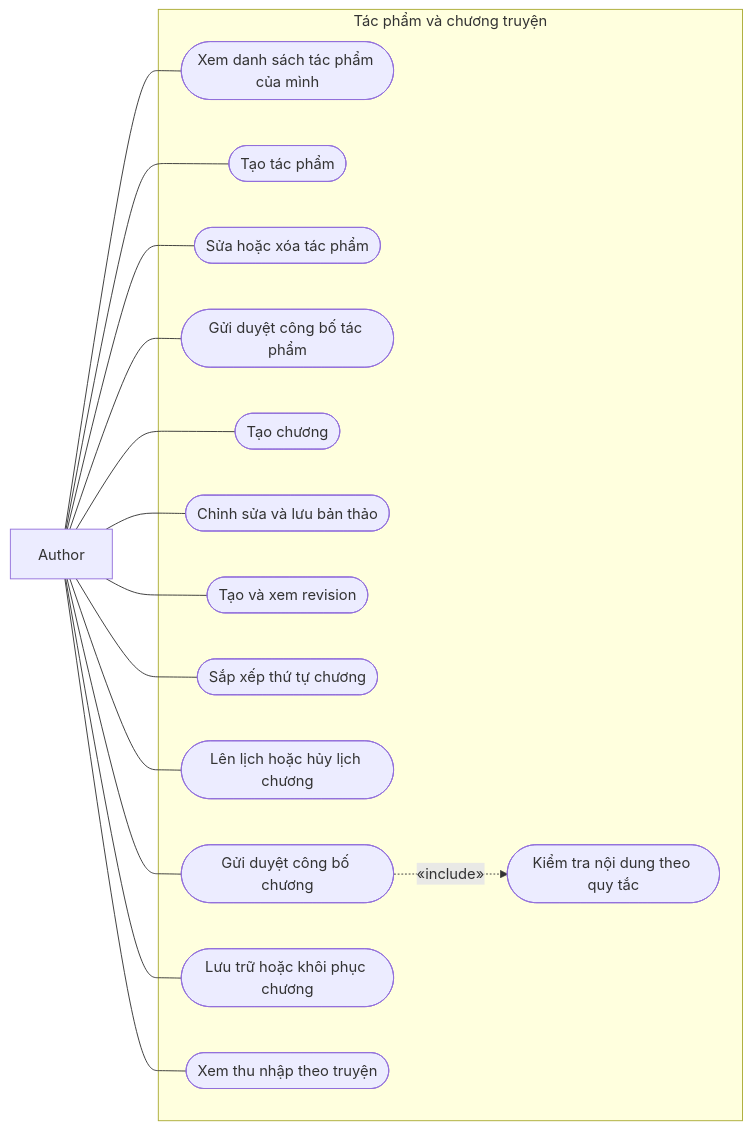
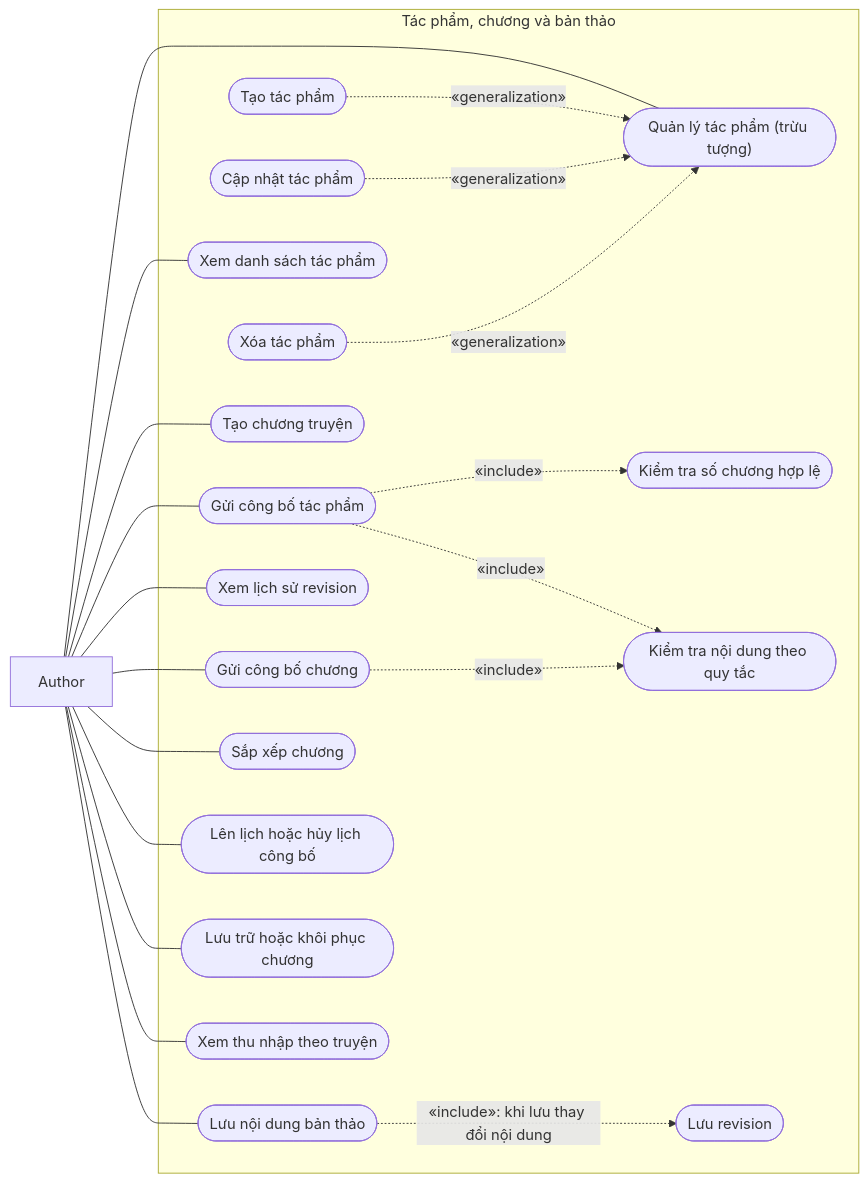
Before and after one commit to Ephurin/Novel_sharing_platform: the first of 2 diagrams in docs/chuong-3-so-do/01b-usecase-tac-gia.md, drawn with Mermaid. The commit also changed other lines of this file, not shown here.

Commit message:
docs: correct use case hierarchy and UML relationships

````diff
--- a/docs/chuong-3-so-do/01b-usecase-tac-gia.md
+++ b/docs/chuong-3-so-do/01b-usecase-tac-gia.md
@@ -7,32 +7,41 @@
 ```mermaid
 flowchart LR
     A["Author"]
-    subgraph SYS["Tác phẩm và chương truyện"]
-        U1(["Xem danh sách tác phẩm của mình"])
+    subgraph SYS["Tác phẩm, chương và bản thảo"]
+        U1(["Quản lý tác phẩm (trừu tượng)"])
         U2(["Tạo tác phẩm"])
-        U3(["Sửa hoặc xóa tác phẩm"])
-        U4(["Gửi duyệt công bố tác phẩm"])
-        U5(["Tạo chương"])
-        U6(["Chỉnh sửa và lưu bản thảo"])
-        U7(["Tạo và xem revision"])
-        U8(["Sắp xếp thứ tự chương"])
-        U9(["Lên lịch hoặc hủy lịch chương"])
-        U10(["Gửi duyệt công bố chương"])
-        U11(["Lưu trữ hoặc khôi phục chương"])
-        U12(["Xem thu nhập theo truyện"])
-        U13(["Kiểm tra nội dung theo quy tắc"])
+        U3(["Cập nhật tác phẩm"])
+        U4(["Xóa tác phẩm"])
+        U5(["Xem danh sách tác phẩm"])
+        U6(["Gửi công bố tác phẩm"])
+        U7(["Kiểm tra số chương hợp lệ"])
+        U8(["Kiểm tra nội dung theo quy tắc"])
+        U9(["Tạo chương truyện"])
+        U10(["Lưu nội dung bản thảo"])
+        U11(["Lưu revision"])
+        U12(["Xem lịch sử revision"])
+        U13(["Gửi công bố chương"])
+        U14(["Sắp xếp chương"])
+        U15(["Lên lịch hoặc hủy lịch công bố"])
+        U16(["Lưu trữ hoặc khôi phục chương"])
+        U17(["Xem thu nhập theo truyện"])
     end
     A --- U1
-    A --- U2
-    A --- U3
-    A --- U4
     A --- U5
     A --- U6
-    A --- U7
-    A --- U8
     A --- U9
     A --- U10
-    A --- U11
     A --- U12
-    U10 -.->|"«include»"| U13
+    A --- U13
+    A --- U14
+    A --- U15
+    A --- U16
+    A --- U17
+    U2 -.->|"«generalization»"| U1
+    U3 -.->|"«generalization»"| U1
+    U4 -.->|"«generalization»"| U1
+    U6 -.->|"«include»"| U7
+    U6 -.->|"«include»"| U8
+    U13 -.->|"«include»"| U8
+    U10 -.->|"«include»: khi lưu thay đổi nội dung"| U11
 ```
````
